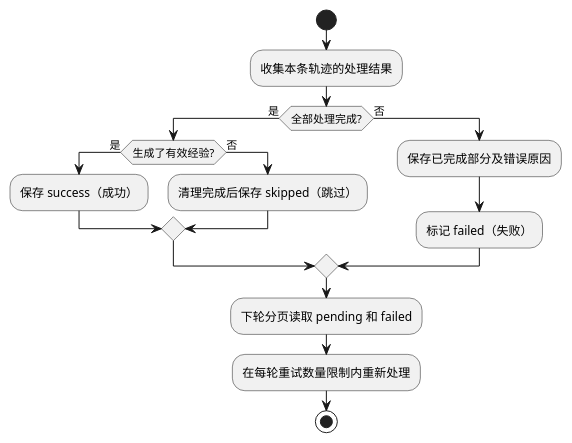
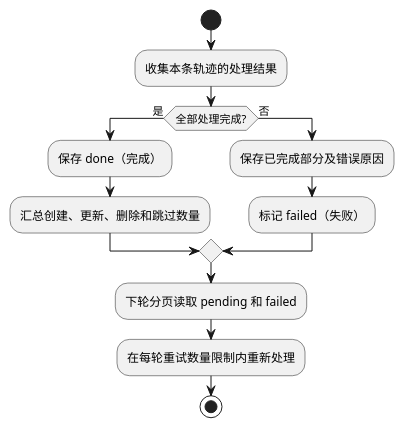
Diagram 14 of 15 in docs/调测轨迹经验提取设计文档.md (yf990848-droid/experience), drawn with PlantUML before and after one commit. The commit also changed other lines of this file, not shown here.

````diff
--- a/docs/调测轨迹经验提取设计文档.md
+++ b/docs/调测轨迹经验提取设计文档.md
@@ -529,19 +529,16 @@
 ```plantuml
 @startuml
 start
 :收集本条轨迹的处理结果;
 if (全部处理完成?) then (是)
-  if (生成了有效经验?) then (是)
-    :保存 success（成功）;
-  else (否)
-    :清理完成后保存 skipped（跳过）;
-  endif
+  :保存 done（完成）;
+  :汇总创建、更新、删除和跳过数量;
 else (否)
   :保存已完成部分及错误原因;
   :标记 failed（失败）;
 endif
 :下轮分页读取 pending 和 failed;
 :在每轮重试数量限制内重新处理;
 stop
 @enduml
 ```
````
